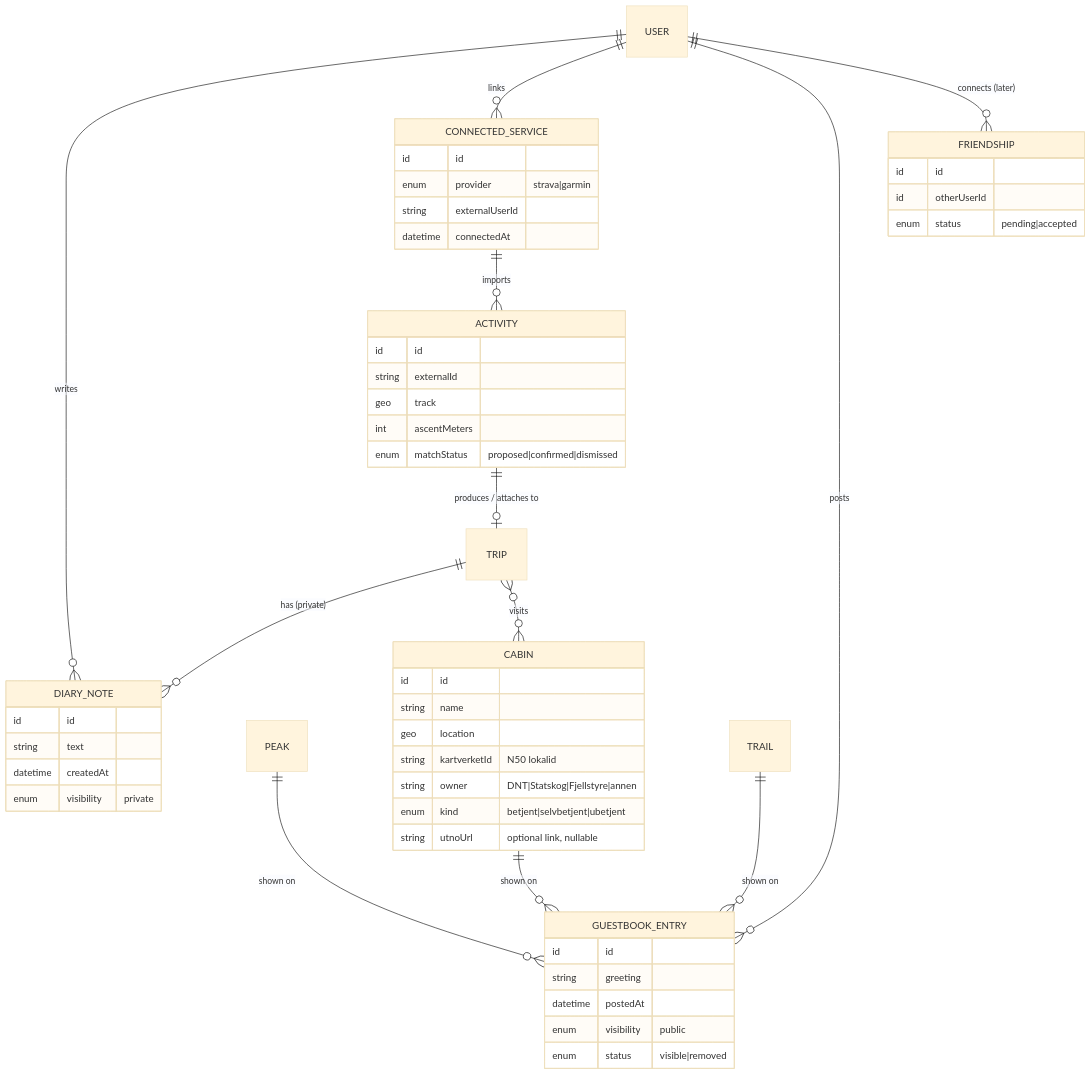
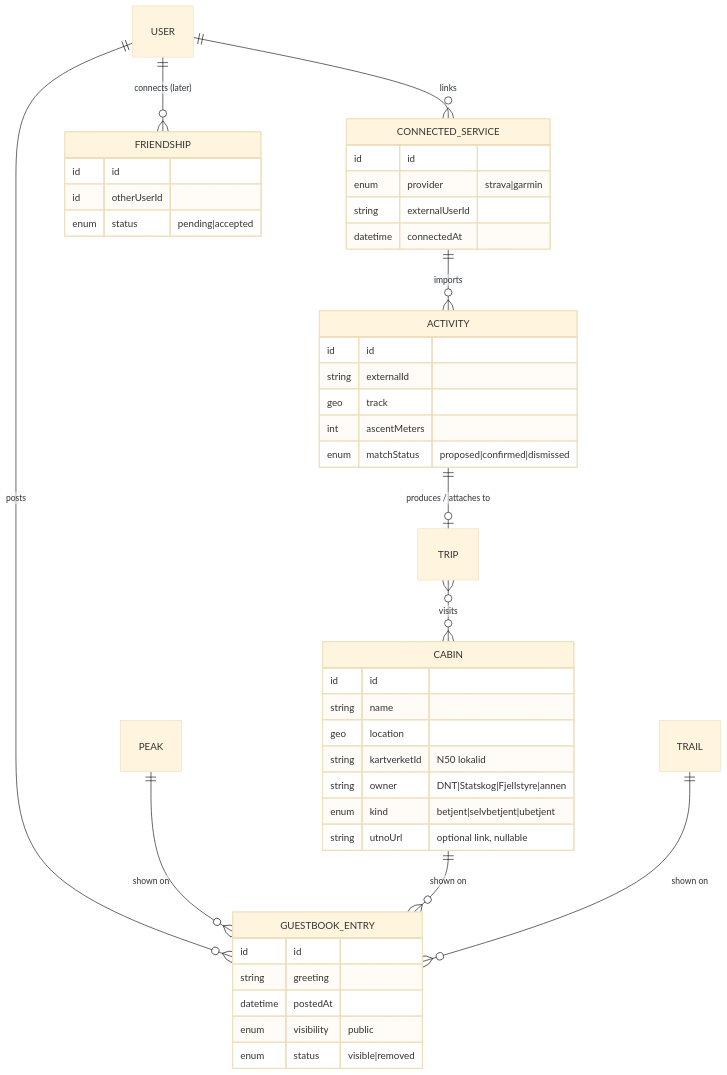
One commit to rekfar/docs changed the second of 2 diagrams in architecture/03-data-architecture.md. Above: the diagram before and after it, drawn with Mermaid (base theme). The commit also changed other lines of this file and 6 other files, not shown here.

````diff
--- a/architecture/03-data-architecture.md
+++ b/architecture/03-data-architecture.md
@@ -127,55 +131,47 @@
 ```mermaid
 erDiagram
-    USER ||--o{ DIARY_NOTE : writes
     USER ||--o{ CONNECTED_SERVICE : links
     CONNECTED_SERVICE ||--o{ ACTIVITY : imports
     ACTIVITY ||--o| TRIP : "produces / attaches to"
-    TRIP ||--o{ DIARY_NOTE : "has (private)"
     USER ||--o{ GUESTBOOK_ENTRY : posts
     PEAK ||--o{ GUESTBOOK_ENTRY : "shown on"
     CABIN ||--o{ GUESTBOOK_ENTRY : "shown on"
     TRAIL ||--o{ GUESTBOOK_ENTRY : "shown on"
     TRIP }o--o{ CABIN : visits
     USER ||--o{ FRIENDSHIP : "connects (later)"
 
     CABIN {
         id id
         string name
         geo location
         string kartverketId "N50 lokalid"
         string owner "DNT|Statskog|Fjellstyre|annen"
         enum kind "betjent|selvbetjent|ubetjent"
         string utnoUrl "optional link, nullable"
-    }
-    DIARY_NOTE {
-        id id
-        string text
-        datetime createdAt
-        enum visibility "private"
     }
     GUESTBOOK_ENTRY {
         id id
         string greeting
         datetime postedAt
         enum visibility "public"
         enum status "visible|removed"
     }
     CONNECTED_SERVICE {
         id id
         enum provider "strava|garmin"
         string externalUserId
         datetime connectedAt
     }
     ACTIVITY {
         id id
         string externalId
         geo track
         int ascentMeters
         enum matchStatus "proposed|confirmed|dismissed"
     }
     FRIENDSHIP {
         id id
         id otherUserId
         enum status "pending|accepted"
     }
 ```
````
